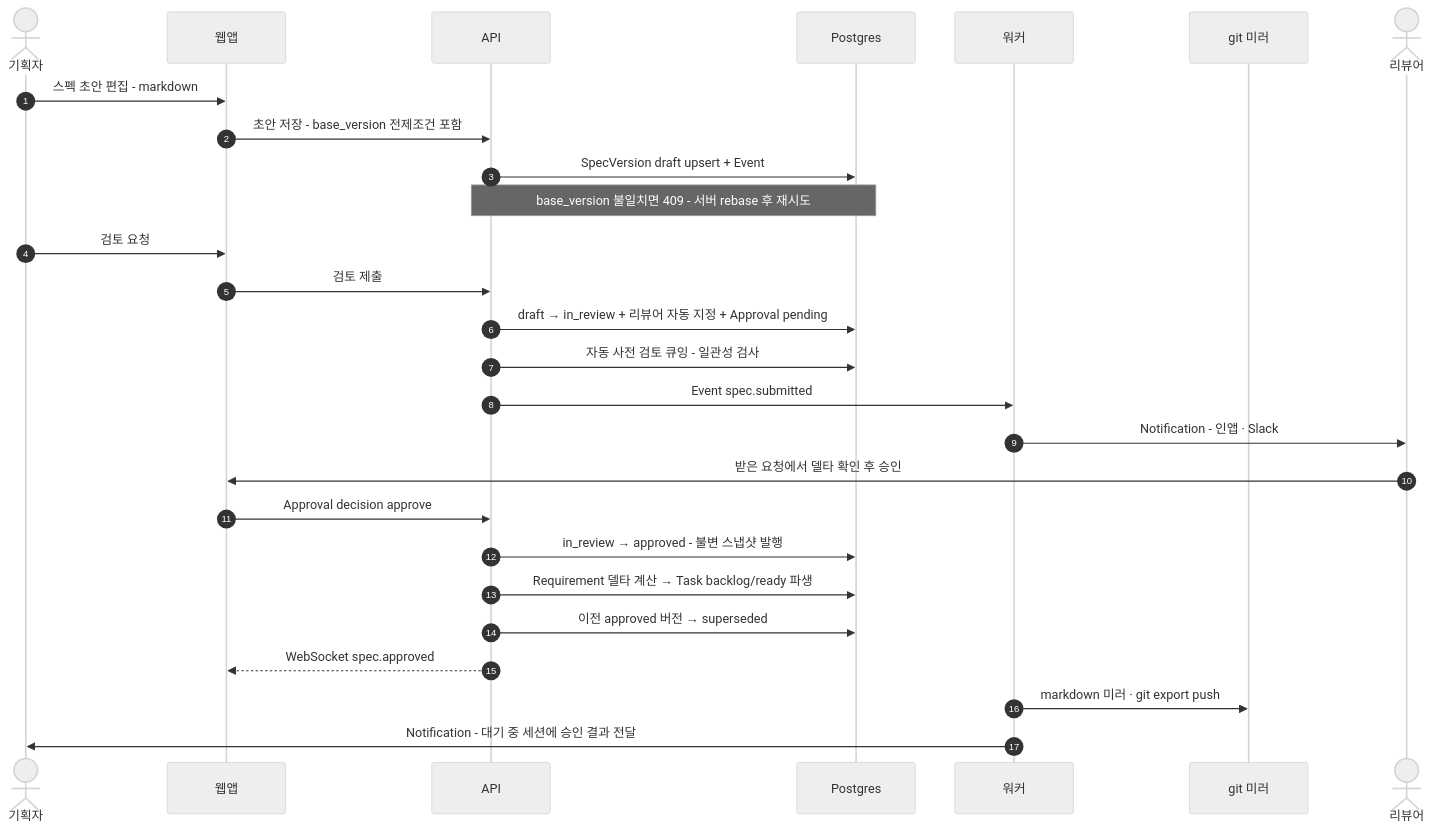
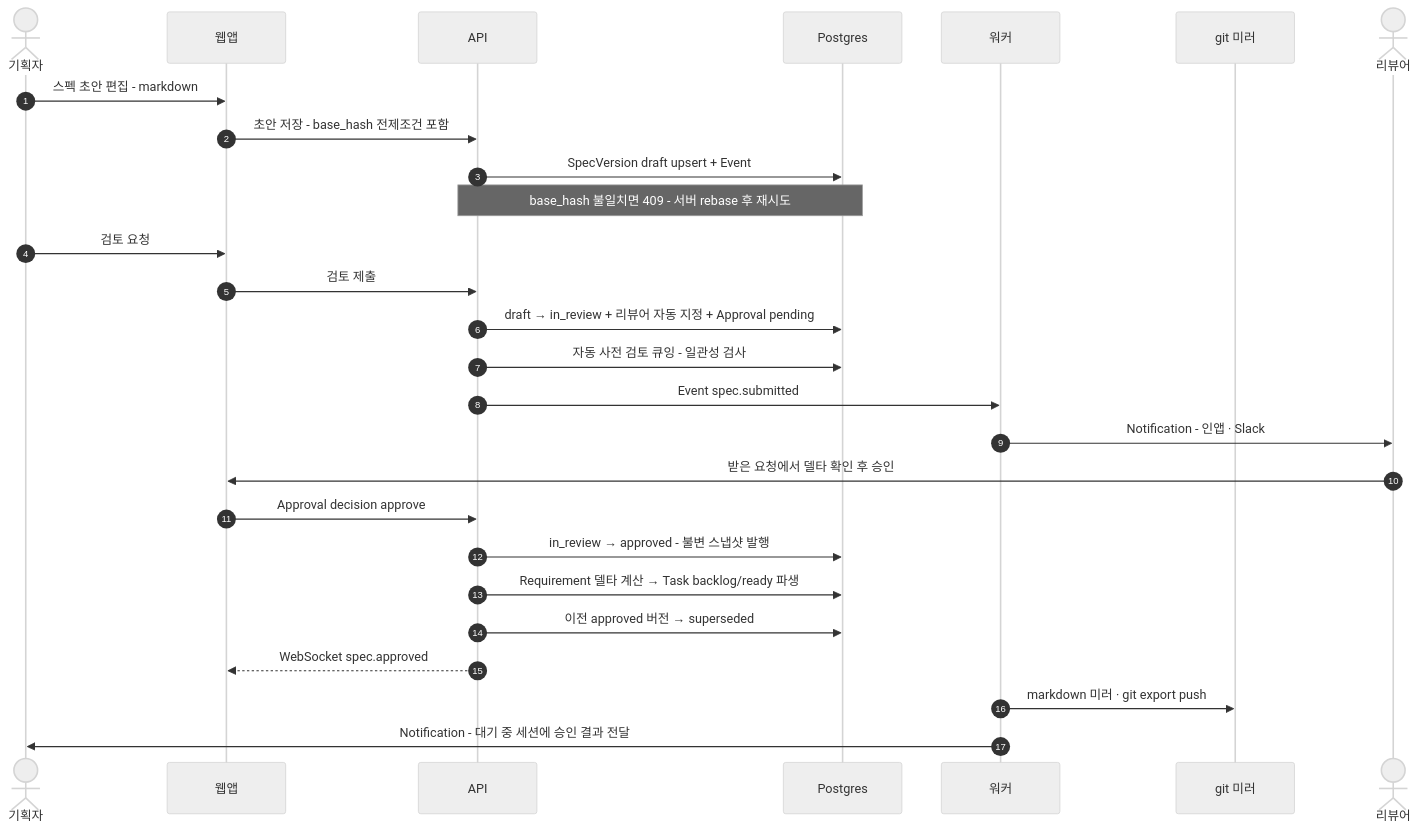
One commit to worker-ants/nerv changed the second of 6 diagrams in docs/03-proposal/architecture.md. Above: the diagram before and after it, drawn with Mermaid (neutral theme). The commit also changed other lines of this file and 25 other files, not shown here.

````diff
--- a/docs/03-proposal/architecture.md
+++ b/docs/03-proposal/architecture.md
@@ -176,29 +178,29 @@
 ```mermaid
 sequenceDiagram
   autonumber
   actor P as 기획자
   participant W as 웹앱
   participant A as API
   participant DB as Postgres
   participant K as 워커
   participant MIR as git 미러
   actor R as 리뷰어
   P->>W: 스펙 초안 편집 - markdown
-  W->>A: 초안 저장 - base_version 전제조건 포함
+  W->>A: 초안 저장 - base_hash 전제조건 포함
   A->>DB: SpecVersion draft upsert + Event
-  Note over A,DB: base_version 불일치면 409 - 서버 rebase 후 재시도
+  Note over A,DB: base_hash 불일치면 409 - 서버 rebase 후 재시도
   P->>W: 검토 요청
   W->>A: 검토 제출
   A->>DB: draft → in_review + 리뷰어 자동 지정 + Approval pending
   A->>DB: 자동 사전 검토 큐잉 - 일관성 검사
   A->>K: Event spec.submitted
   K->>R: Notification - 인앱 · Slack
   R->>W: 받은 요청에서 델타 확인 후 승인
   W->>A: Approval decision approve
   A->>DB: in_review → approved - 불변 스냅샷 발행
   A->>DB: Requirement 델타 계산 → Task backlog/ready 파생
   A->>DB: 이전 approved 버전 → superseded
   A-->>W: WebSocket spec.approved
   K->>MIR: markdown 미러 · git export push
   K->>P: Notification - 대기 중 세션에 승인 결과 전달
 ```
````
